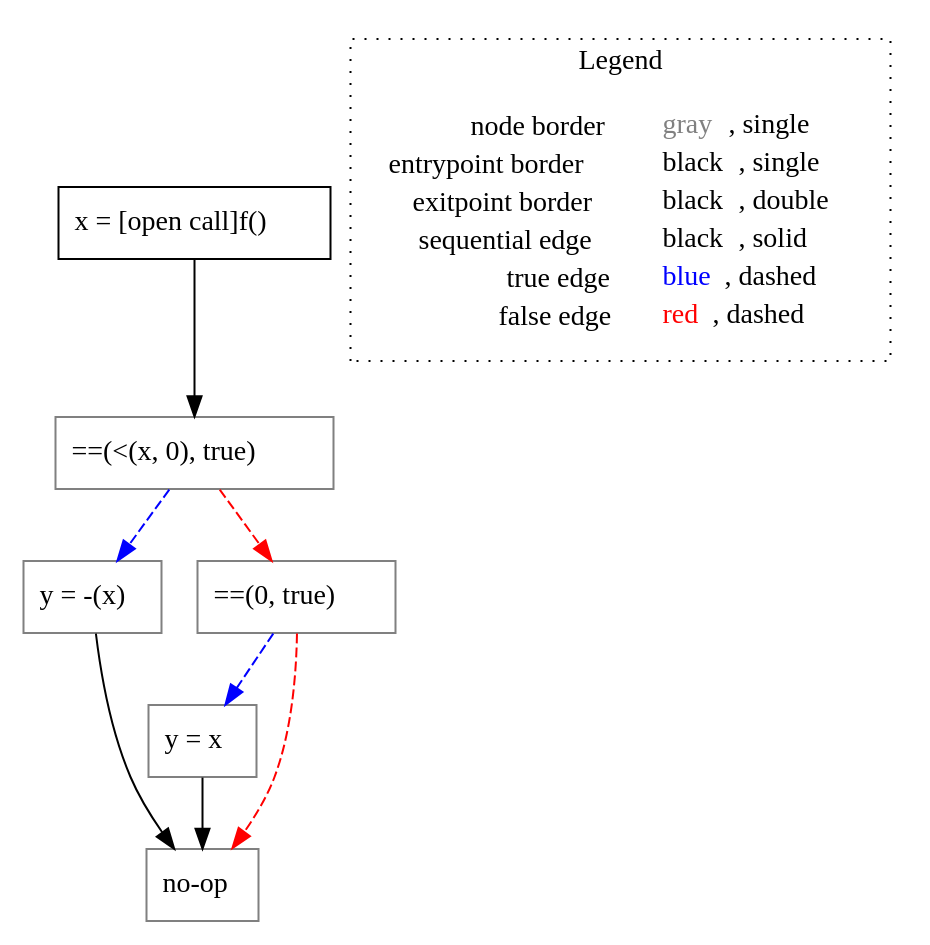
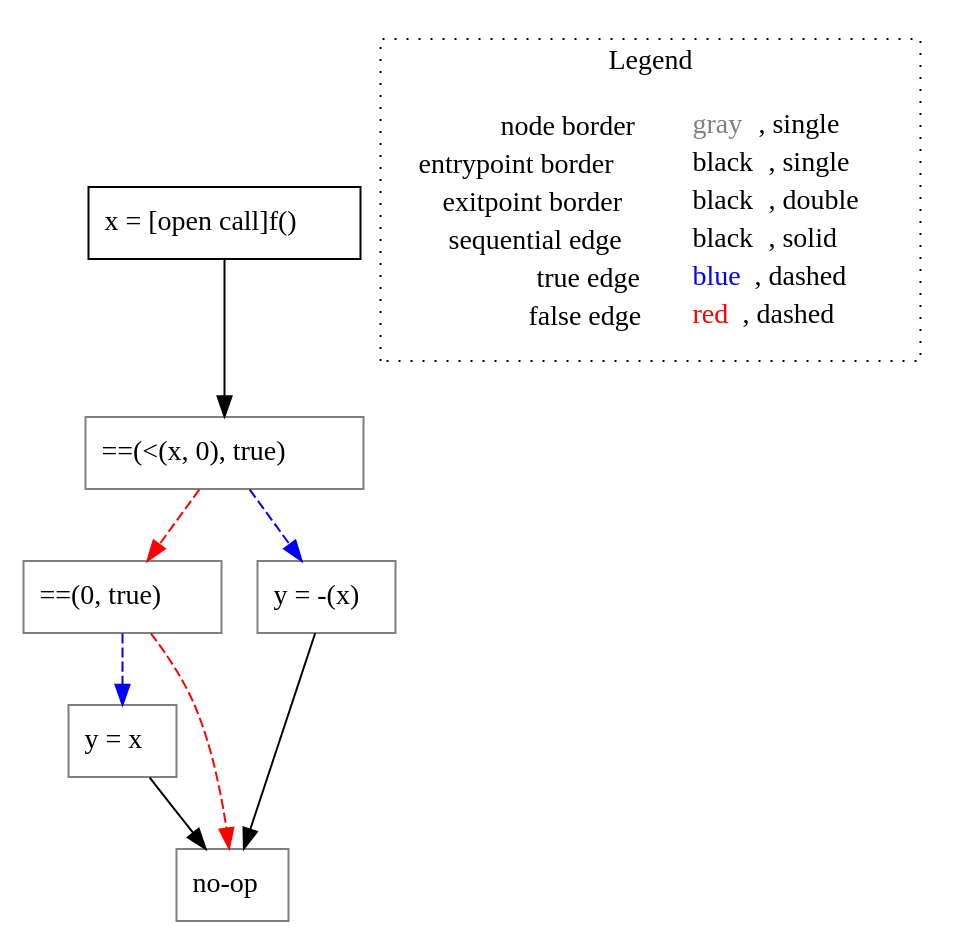
Before and after one commit to lisa-analyzer/go-lisa: the diagram in go-lisa/test-outputs/switch/untyped_noGuardWithAsg().dot, drawn with Graphviz. The commit also changed 10 other files, not shown here.

```diff
--- a/go-lisa/test-outputs/switch/untyped_noGuardWithAsg().dot
+++ b/go-lisa/test-outputs/switch/untyped_noGuardWithAsg().dot
@@ -1,22 +1,22 @@
 digraph {
 	"node0" [shape="rect",color="black",label=<x = [open call]f()>];
 	"node1" [shape="rect",color="gray",label=<y = x>];
-	"node2" [shape="rect",color="gray",label=<y = -(x)>];
-	"node3" [shape="rect",color="gray",label=<no-op>];
-	"node4" [shape="rect",color="gray",label=<==(&lt;(x, 0), true)>];
-	"node5" [shape="rect",color="gray",label=<==(0, true)>];
-	"node1" -> "node3" [color="black"];
-	"node2" -> "node3" [color="black"];
-	"node0" -> "node4" [color="black"];
-	"node4" -> "node2" [color="blue",style="dashed"];
-	"node4" -> "node5" [color="red",style="dashed"];
-	"node5" -> "node1" [color="blue",style="dashed"];
-	"node5" -> "node3" [color="red",style="dashed"];
+	"node2" [shape="rect",color="gray",label=<==(0, true)>];
+	"node3" [shape="rect",color="gray",label=<y = -(x)>];
+	"node4" [shape="rect",color="gray",label=<no-op>];
+	"node5" [shape="rect",color="gray",label=<==(&lt;(x, 0), true)>];
+	"node1" -> "node4" [color="black"];
+	"node2" -> "node1" [color="blue",style="dashed"];
+	"node2" -> "node4" [color="red",style="dashed"];
+	"node3" -> "node4" [color="black"];
+	"node0" -> "node5" [color="black"];
+	"node5" -> "node2" [color="red",style="dashed"];
+	"node5" -> "node3" [color="blue",style="dashed"];
 subgraph cluster_legend {
 	label="Legend";
 	style=dotted;
 	node [shape=plaintext];
 	"legend" [label=<<table border="0" cellpadding="2" cellspacing="0" cellborder="0"><tr><td align="right">node border&nbsp;</td><td align="left"><font color="gray">gray</font>, single</td></tr><tr><td align="right">entrypoint border&nbsp;</td><td align="left"><font color="black">black</font>, single</td></tr><tr><td align="right">exitpoint border&nbsp;</td><td align="left"><font color="black">black</font>, double</td></tr><tr><td align="right">sequential edge&nbsp;</td><td align="left"><font color="black">black</font>, solid</td></tr><tr><td align="right">true edge&nbsp;</td><td align="left"><font color="blue">blue</font>, dashed</td></tr><tr><td align="right">false edge&nbsp;</td><td align="left"><font color="red">red</font>, dashed</td></tr></table>>];
 }
 
 }
```
